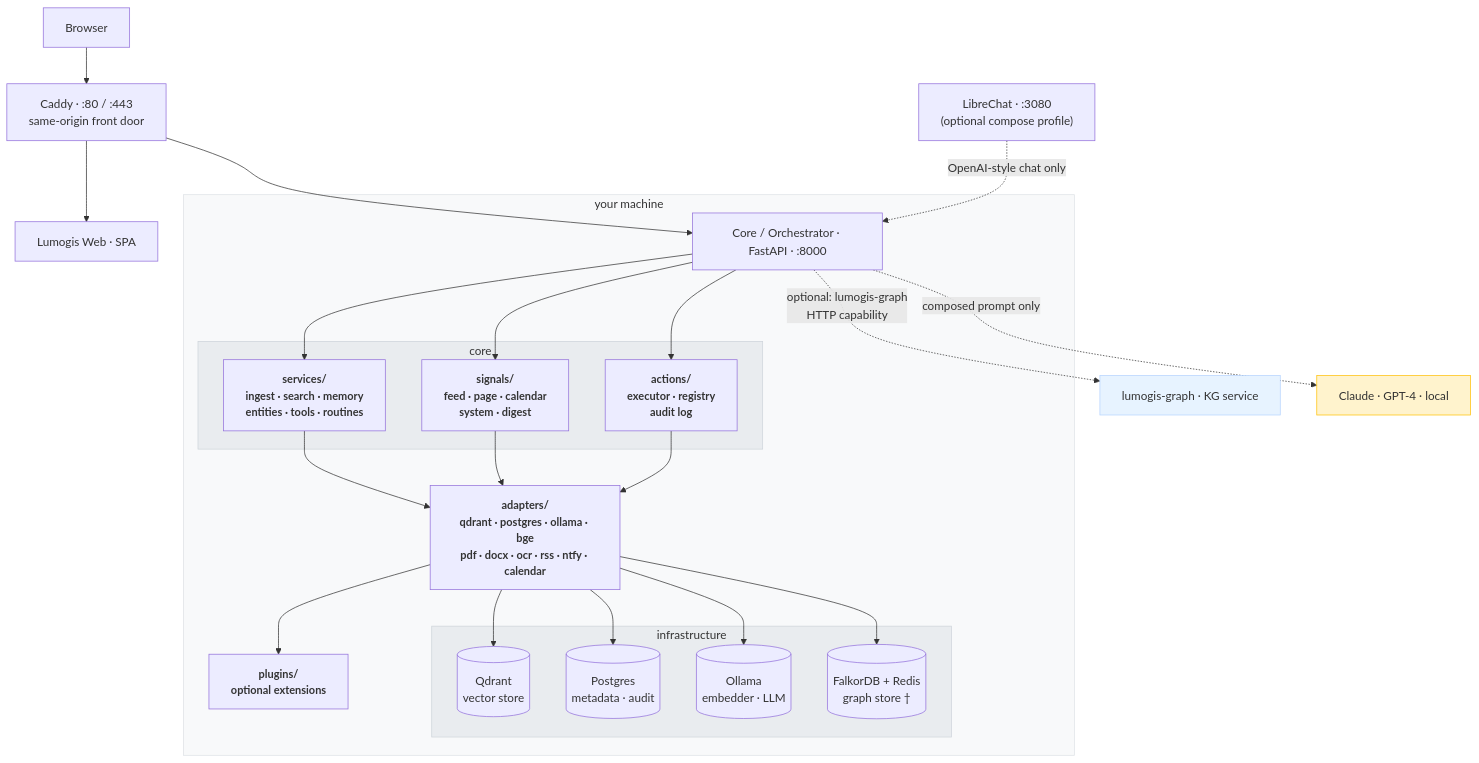
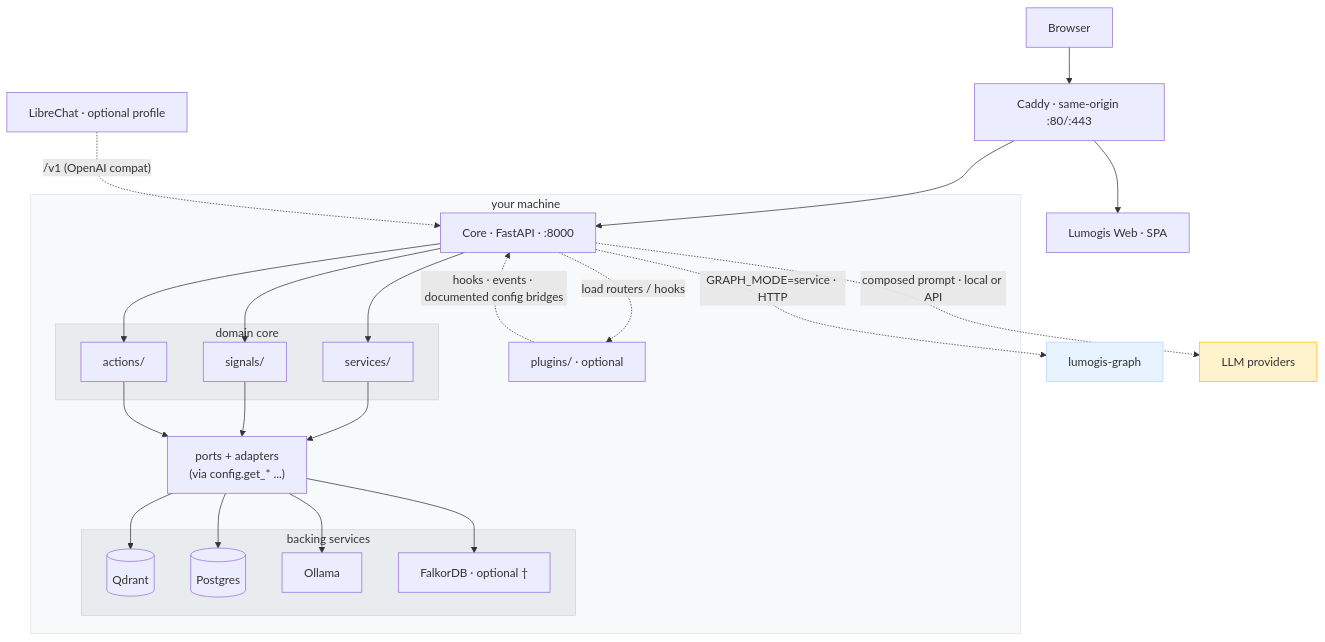
One commit to lumogis/lumogis changed the diagram in README.md. Above: the diagram before and after it, drawn with Mermaid. The commit also changed other lines of this file and 2 other files, not shown here.

````diff
--- a/README.md
+++ b/README.md
@@ -100,49 +64,48 @@
 ```mermaid
 flowchart TB
     BR["Browser"]
-    CADDY["Caddy · :80 / :443\nsame-origin front door"]
+    CADDY["Caddy · same-origin :80/:443"]
     WEB["Lumogis Web · SPA"]
 
     BR --> CADDY
     CADDY --> WEB
     CADDY --> ORC
 
-    LC["LibreChat · :3080\n(optional compose profile)"] -. "OpenAI-style chat only" .-> ORC
+    LC["LibreChat · optional profile"] -. "/v1 (OpenAI compat)" .-> ORC
 
     subgraph machine["your machine"]
-        ORC["Core / Orchestrator · FastAPI · :8000"]
+        ORC["Core · FastAPI · :8000"]
 
-        subgraph core["core"]
-            SVC["services/\ningest · search · memory\nentities · tools · routines"]
-            SIG["signals/\nfeed · page · calendar\nsystem · digest"]
-            ACT["actions/\nexecutor · registry\naudit log"]
+        subgraph core["domain core"]
+            SVC["services/"]
+            SIG["signals/"]
+            ACT["actions/"]
         end
 
-        ADP["adapters/\nqdrant · postgres · ollama · bge\npdf · docx · ocr · rss · ntfy · calendar"]
-        PLG["plugins/\noptional extensions"]
+        PLG["plugins/ · optional"]
+        FACT["ports + adapters<br/>(via config.get_* ...)"]
 
-        subgraph stores["infrastructure"]
-            QDR[("Qdrant\nvector store")]
-            PG[("Postgres\nmetadata · audit")]
-            OLL[("Ollama\nembedder · LLM")]
-            FLK[("FalkorDB + Redis\ngraph store †")]
+        subgraph stores["backing services"]
+            QDR[("Qdrant")]
+            PG[("Postgres")]
+            OLL["Ollama"]
+            FLK["FalkorDB · optional †"]
         end
 
         ORC --> SVC & SIG & ACT
-        SVC & SIG & ACT --> ADP
-        ADP --> PLG
-        ADP --> QDR & PG & OLL & FLK
+        ORC -. load routers / hooks .-> PLG
+        PLG -. "hooks · events · documented config bridges" .-> ORC
+
+        SVC & SIG & ACT --> FACT
+        FACT --> QDR & PG & OLL & FLK
     end
 
-    ORC -. "optional: lumogis-graph\nHTTP capability" .-> KGSVC["lumogis-graph · KG service"]
-    ORC -. "composed prompt only" .-> EXT["Claude · GPT-4 · local"]
+    ORC -. "GRAPH_MODE=service · HTTP" .-> KGSVC["lumogis-graph"]
+    ORC -. "composed prompt · local or API" .-> EXT["LLM providers"]
 
     style machine fill:#f8f9fa,stroke:#dee2e6
     style stores fill:#e9ecef,stroke:#ced4da
     style core fill:#e9ecef,stroke:#ced4da
     style EXT fill:#fff3cd,stroke:#ffc107
     style KGSVC fill:#e7f3ff,stroke:#b6d4fe
-
-    classDef concept font-weight:bold,font-size:15px
-    class SVC,SIG,ACT,ADP,PLG concept
 ```
````
